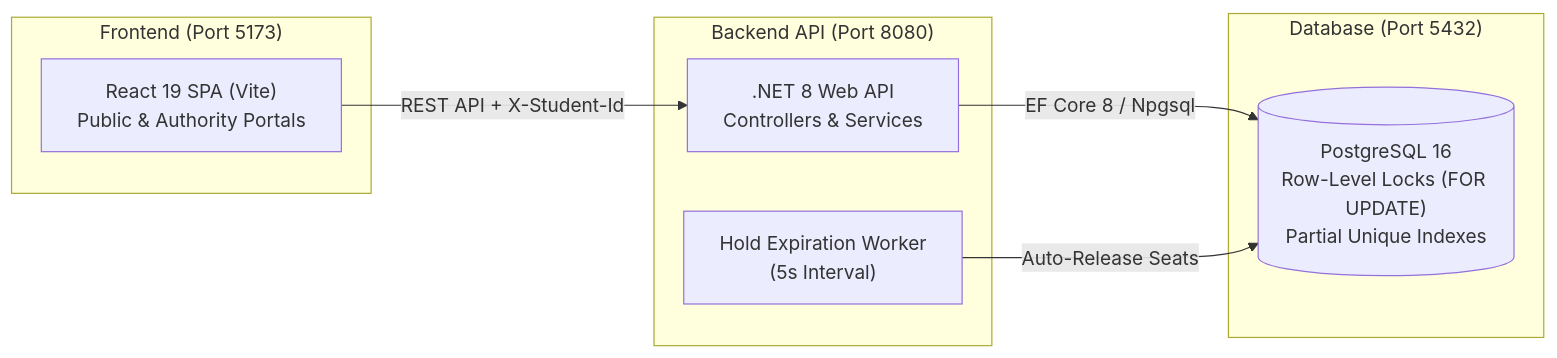
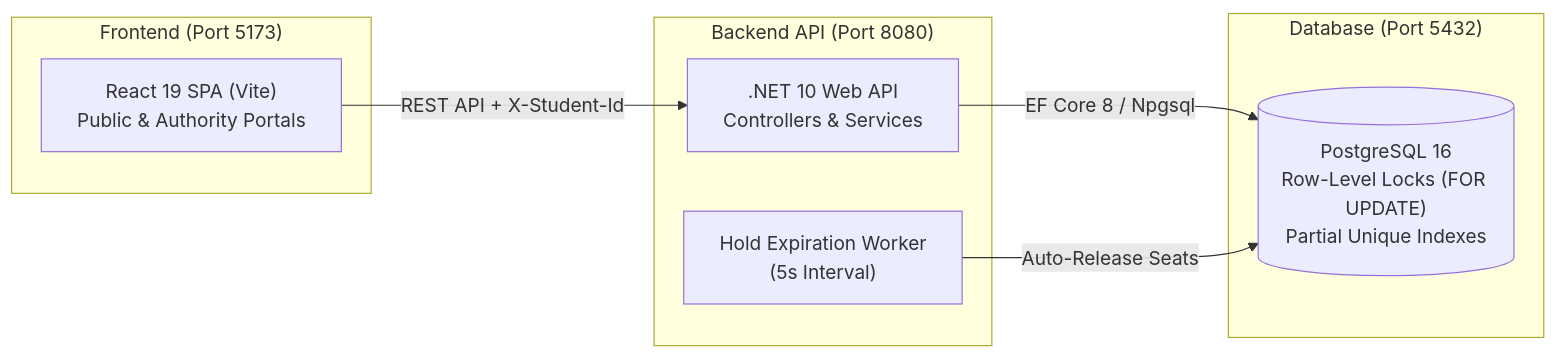
The diagram in README.md (NaimurRahman-Niaz02/School-Admission-Portal), drawn with Mermaid before and after one commit. The commit also changed other lines of this file and 44 other files, not shown here.

````diff
--- a/README.md
+++ b/README.md
@@ -9,19 +9,19 @@
 ```mermaid
 flowchart LR
     subgraph Client ["Frontend (Port 5173)"]
         Browser["React 19 SPA (Vite)\nPublic & Authority Portals"]
     end
 
     subgraph Service ["Backend API (Port 8080)"]
-        API[".NET 8 Web API\nControllers & Services"]
+        API[".NET 10 Web API\nControllers & Services"]
         Worker["Hold Expiration Worker\n(5s Interval)"]
     end
 
     subgraph Database ["Database (Port 5432)"]
         Postgres[("PostgreSQL 16\nRow-Level Locks (FOR UPDATE)\nPartial Unique Indexes")]
     end
 
     Browser -->|REST API + X-Student-Id| API
     API -->|EF Core 8 / Npgsql| Postgres
     Worker -->|Auto-Release Seats| Postgres
 ```
````
